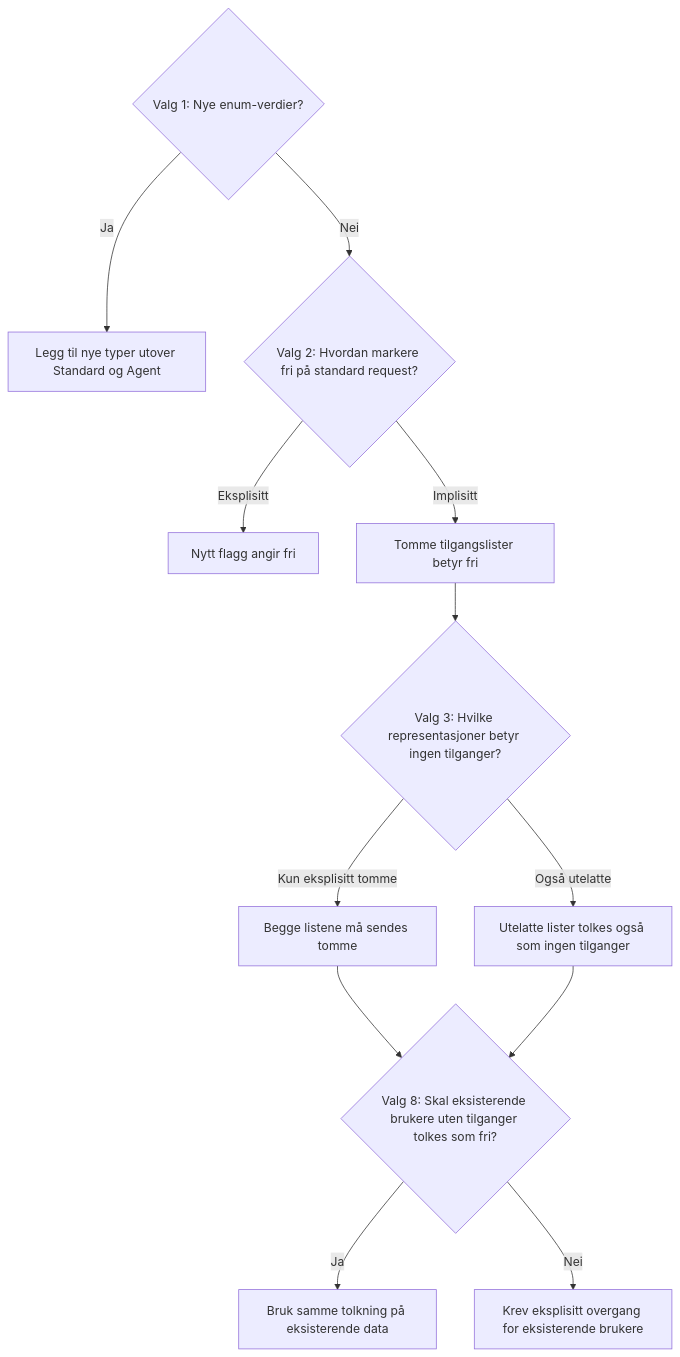
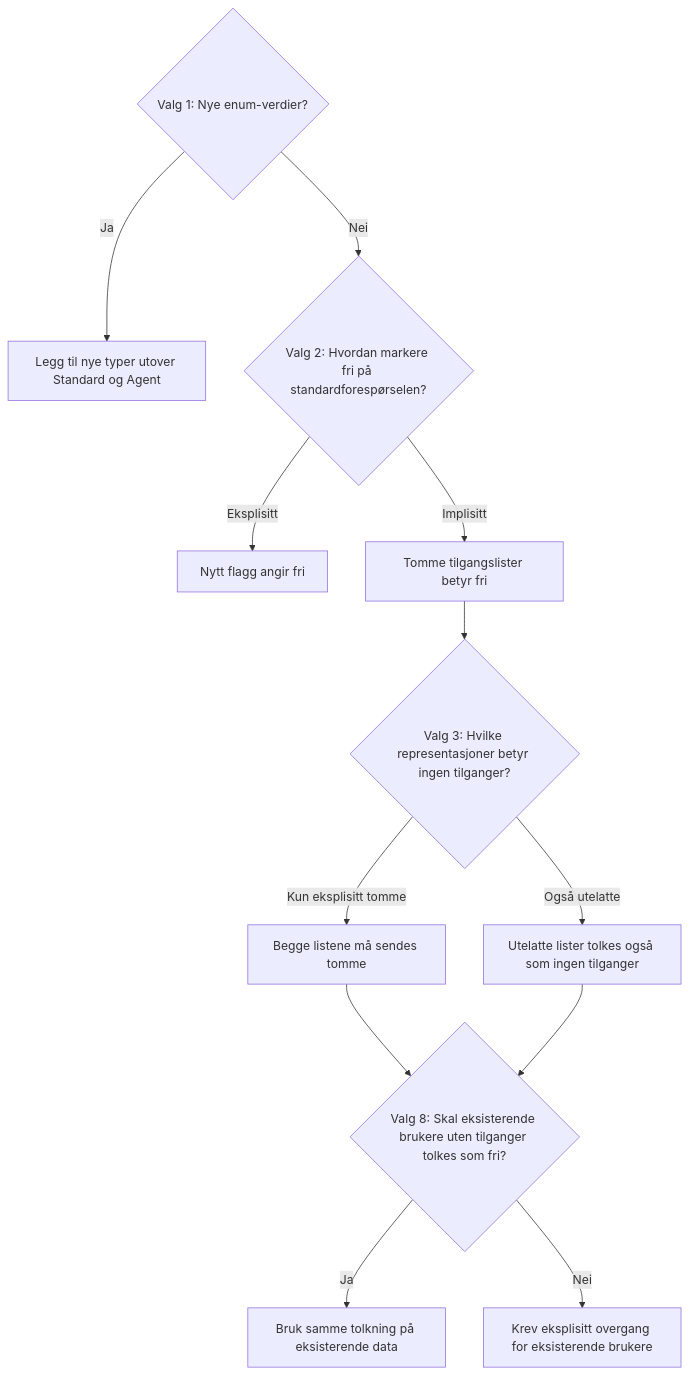
Before and after one commit to Altinn/altinn-studio-docs: the first of 4 diagrams in content/authorization/guides/system-vendor/system-user/beslutningstre.nb.md, drawn with Mermaid. The commit also changed other lines of this file and 1 other file, not shown here.

```diff
--- a/content/authorization/guides/system-vendor/system-user/beslutningstre.nb.md
+++ b/content/authorization/guides/system-vendor/system-user/beslutningstre.nb.md
@@ -26,15 +26,15 @@
 {{< mermaid >}}
 graph TD
   V1{"Valg 1: Nye enum-verdier?"}
   V1 -->|Ja| NEW["Legg til nye typer utover Standard og Agent"]
-  V1 -->|Nei| V2{"Valg 2: Hvordan markere fri på standard request?"}
+  V1 -->|Nei| V2{"Valg 2: Hvordan markere fri på standardforespørselen?"}
   V2 -->|Eksplisitt| FLAG["Nytt flagg angir fri"]
   V2 -->|Implisitt| EMPTY["Tomme tilgangslister betyr fri"]
   EMPTY --> V3{"Valg 3: Hvilke representasjoner betyr ingen tilganger?"}
   V3 -->|Kun eksplisitt tomme| BOTH["Begge listene må sendes tomme"]
   V3 -->|Også utelatte| OMIT["Utelatte lister tolkes også som ingen tilganger"]
   BOTH --> V8{"Valg 8: Skal eksisterende brukere uten tilganger tolkes som fri?"}
   OMIT --> V8
   V8 -->|Ja| AUTO["Bruk samme tolkning på eksisterende data"]
   V8 -->|Nei| MIGRATE["Krev eksplisitt overgang for eksisterende brukere"]
 {{< /mermaid >}}
```
